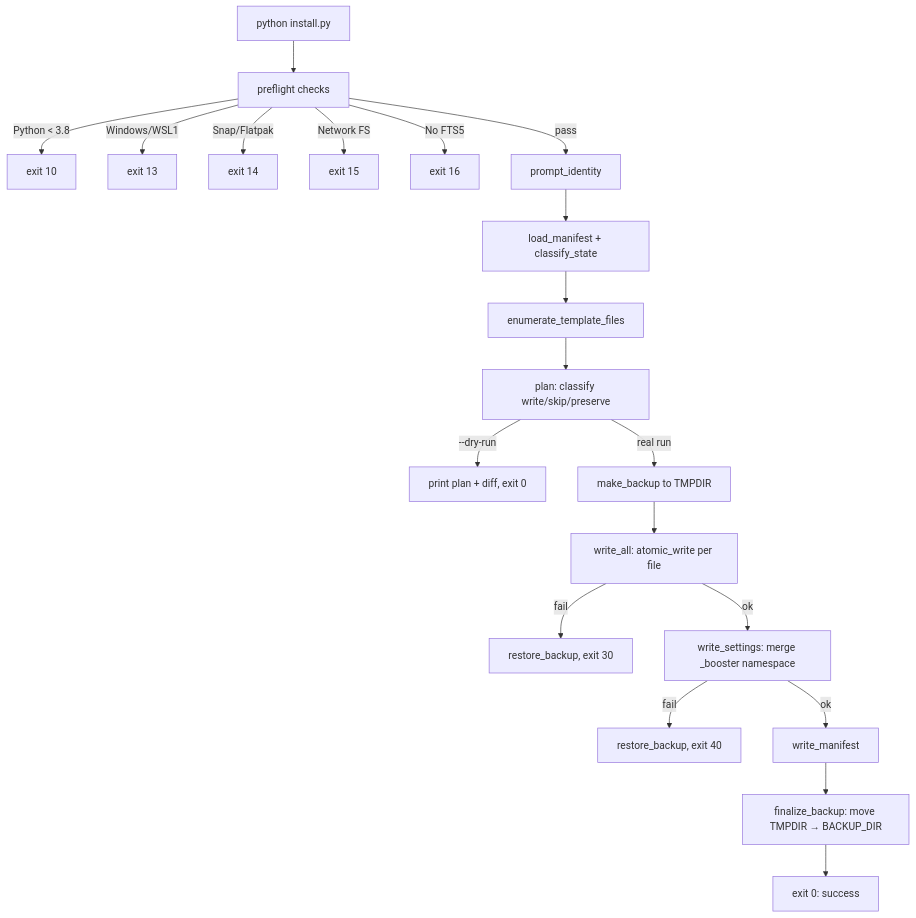
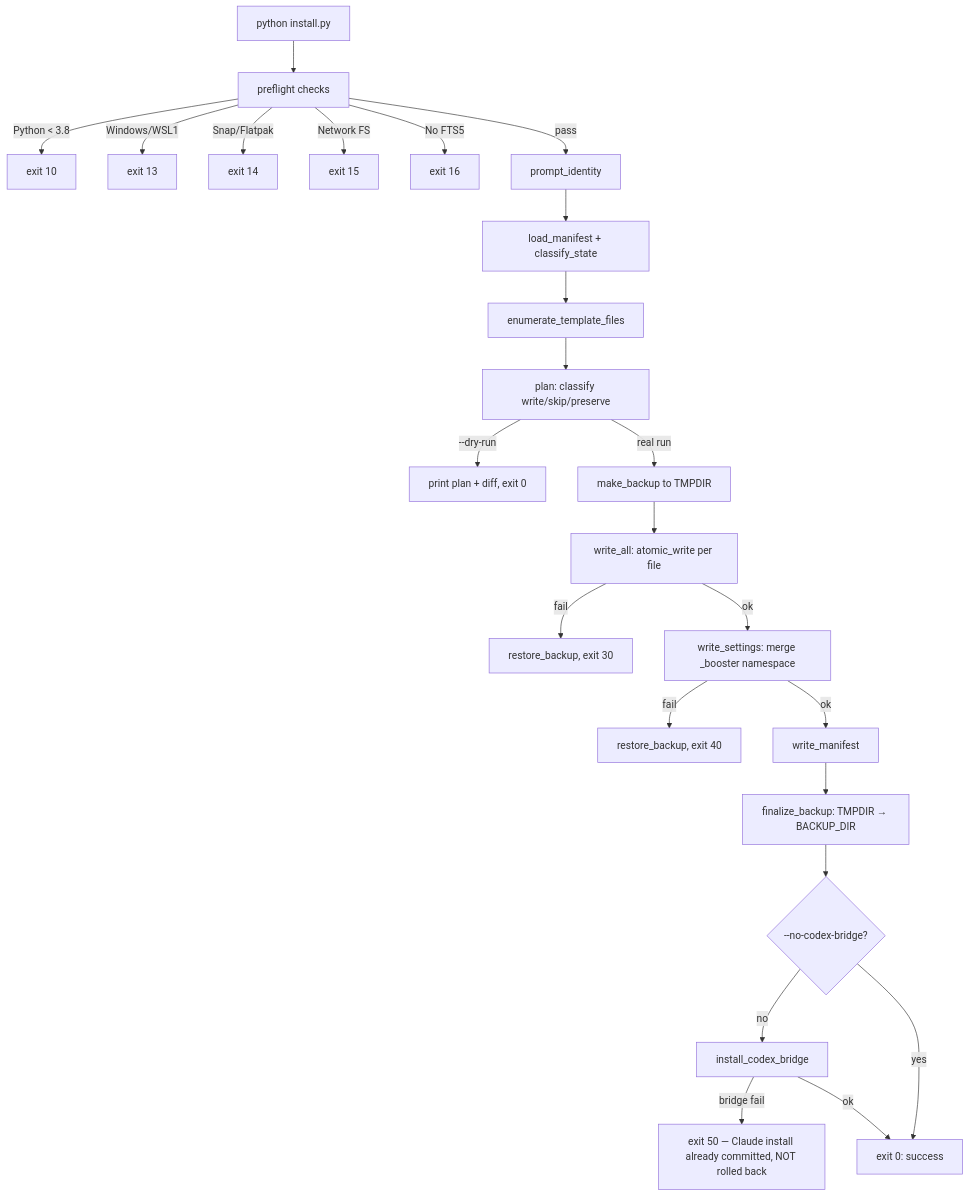
The fifth of 6 diagrams in ARCHITECTURE.md (demetrius2017/claude-booster), drawn with Mermaid before and after one commit. The commit also changed other lines of this file and 1 other file, not shown here.

First line of the commit message:
docs(architecture): update ARCHITECTURE.md + dep_manifest.json via /architecture --update

````diff
--- a/ARCHITECTURE.md
+++ b/ARCHITECTURE.md
@@ -186,24 +247,28 @@
 ```mermaid
 flowchart TD
     A[python install.py] --> B[preflight checks]
     B -->|Python < 3.8| B1[exit 10]
     B -->|Windows/WSL1| B2[exit 13]
     B -->|Snap/Flatpak| B3[exit 14]
     B -->|Network FS| B4[exit 15]
     B -->|No FTS5| B5[exit 16]
     B -->|pass| C[prompt_identity]
 
     C --> D[load_manifest + classify_state]
     D --> E[enumerate_template_files]
     E --> F[plan: classify write/skip/preserve]
 
     F -->|--dry-run| G[print plan + diff, exit 0]
     F -->|real run| H[make_backup to TMPDIR]
     H --> I[write_all: atomic_write per file]
     I -->|fail| I1[restore_backup, exit 30]
     I -->|ok| J[write_settings: merge _booster namespace]
     J -->|fail| J1[restore_backup, exit 40]
     J -->|ok| K[write_manifest]
-    K --> L[finalize_backup: move TMPDIR → BACKUP_DIR]
-    L --> M[exit 0: success]
+    K --> L[finalize_backup: TMPDIR → BACKUP_DIR]
+    L --> M{--no-codex-bridge?}
+    M -->|no| N[install_codex_bridge]
+    N -->|bridge fail| N1[exit 50 — Claude install already committed, NOT rolled back]
+    N -->|ok| O[exit 0: success]
+    M -->|yes| O
 ```
````
